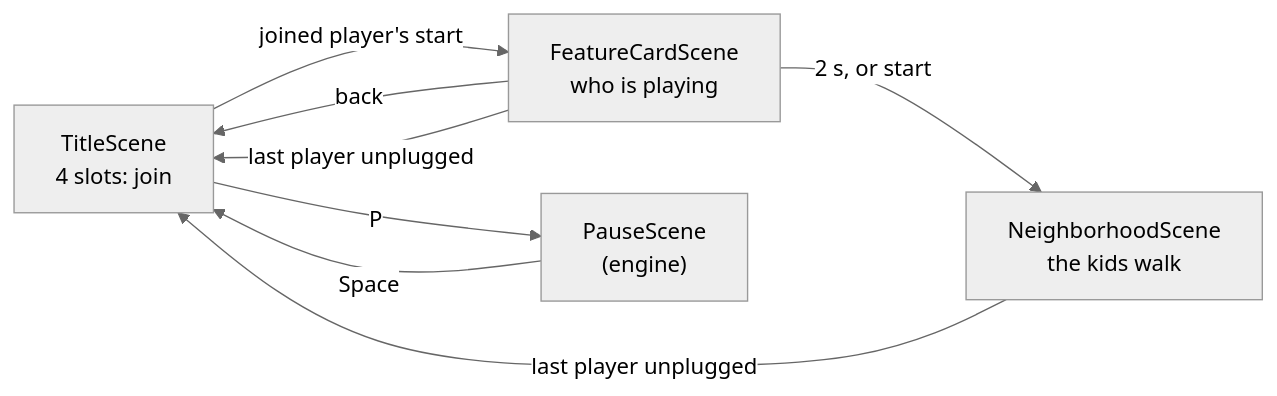
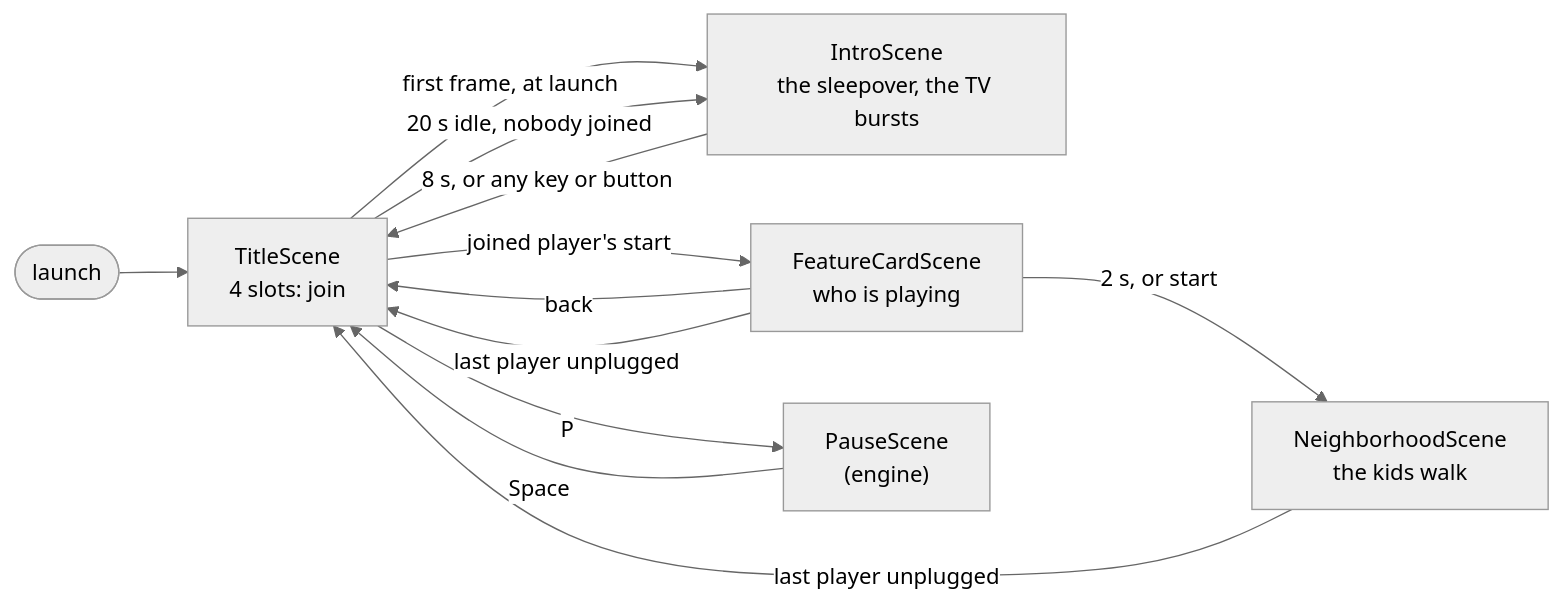
Before and after one commit to terrysimons/glitchygames: the diagram in docs/games/zombies_aint_my_neighbors.md, drawn with Mermaid (neutral theme). The commit also changed other lines of this file and 2 other files, not shown here.

First line of the commit message:
Docs and plans: feature 12 built (the intro and the idle loop)

````diff
--- a/docs/games/zombies_aint_my_neighbors.md
+++ b/docs/games/zombies_aint_my_neighbors.md
@@ -71,10 +74,14 @@
 ```mermaid
 flowchart LR
+    Launch(["launch"]) --> Title
+    Title -- "first frame, at launch" --> Intro["IntroScene<br/>the sleepover, the TV bursts"]
+    Title -- "20 s idle, nobody joined" --> Intro
+    Intro -- "8 s, or any key or button" --> Title
     Title["TitleScene<br/>4 slots: join"] -- "joined player's start" --> Card["FeatureCardScene<br/>who is playing"]
     Card -- "2 s, or start" --> Yard["NeighborhoodScene<br/>the kids walk"]
     Card -- "back" --> Title
     Yard -- "last player unplugged" --> Title
     Card -- "last player unplugged" --> Title
     Title -- "P" --> Pause["PauseScene<br/>(engine)"]
     Pause -- "Space" --> Title
 ```
````
